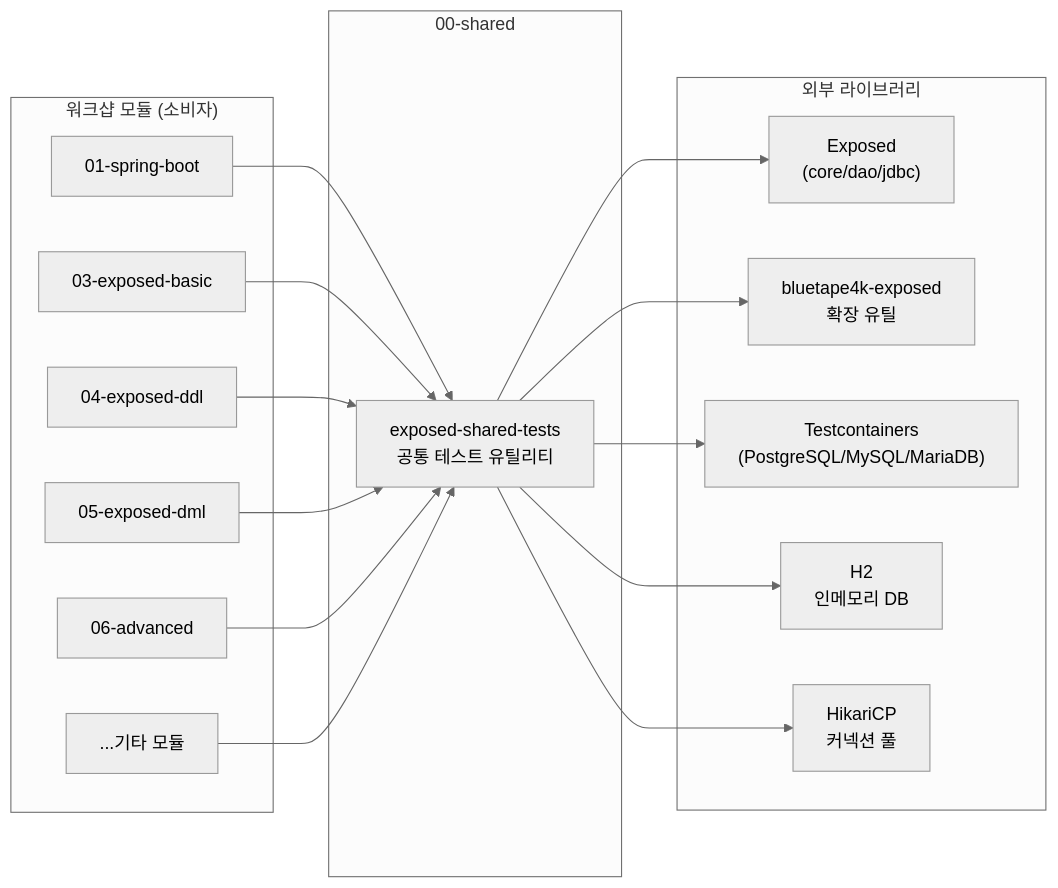
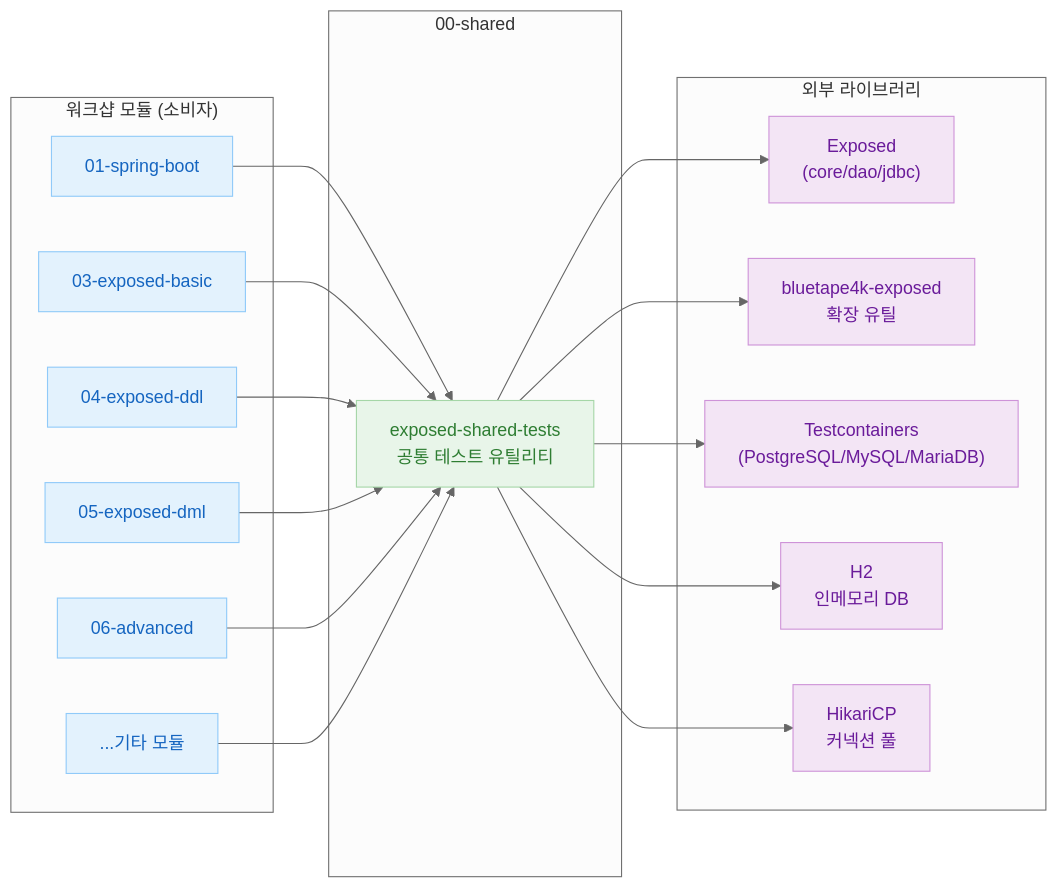
Before and after one commit to bluetape4k/exposed-workshop: the diagram in 00-shared/README.md, drawn with Mermaid (neutral theme). The commit also changed 56 other files, not shown here.

First line of the commit message:
docs: 전체 README mermaid 다이어그램에 파스텔 톤 색상 적용

````diff
--- a/00-shared/README.md
+++ b/00-shared/README.md
@@ -8,36 +8,44 @@
 ```mermaid
 flowchart LR
     subgraph shared["00-shared"]
         EST["exposed-shared-tests\n공통 테스트 유틸리티"]
     end
 
     subgraph external["외부 라이브러리"]
         EXP["Exposed\n(core/dao/jdbc)"]
         BT4K["bluetape4k-exposed\n확장 유틸"]
         TC["Testcontainers\n(PostgreSQL/MySQL/MariaDB)"]
         H2["H2\n인메모리 DB"]
         HK["HikariCP\n커넥션 풀"]
     end
 
     subgraph consumers["워크샵 모듈 (소비자)"]
         M01["01-spring-boot"]
         M03["03-exposed-basic"]
         M04["04-exposed-ddl"]
         M05["05-exposed-dml"]
         M06["06-advanced"]
         MREST["...기타 모듈"]
     end
 
     EST --> EXP
     EST --> BT4K
     EST --> TC
     EST --> H2
     EST --> HK
 
     M01 --> EST
     M03 --> EST
     M04 --> EST
     M05 --> EST
     M06 --> EST
     MREST --> EST
+
+    classDef green fill:#E8F5E9,stroke:#A5D6A7,color:#2E7D32
+    classDef purple fill:#F3E5F5,stroke:#CE93D8,color:#6A1B9A
+    classDef blue fill:#E3F2FD,stroke:#90CAF9,color:#1565C0
+
+    class EST green
+    class EXP,BT4K,TC,H2,HK purple
+    class M01,M03,M04,M05,M06,MREST blue
 ```
````
